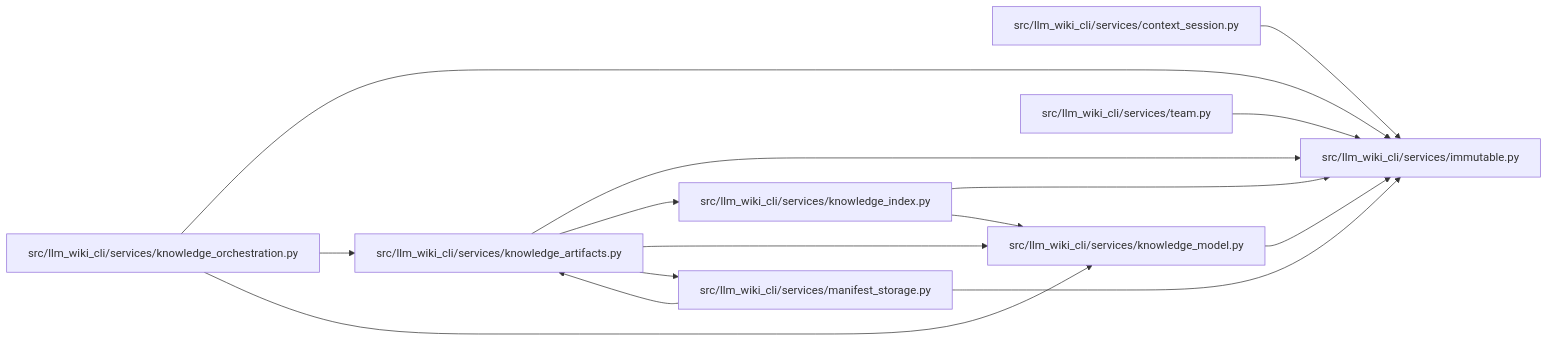
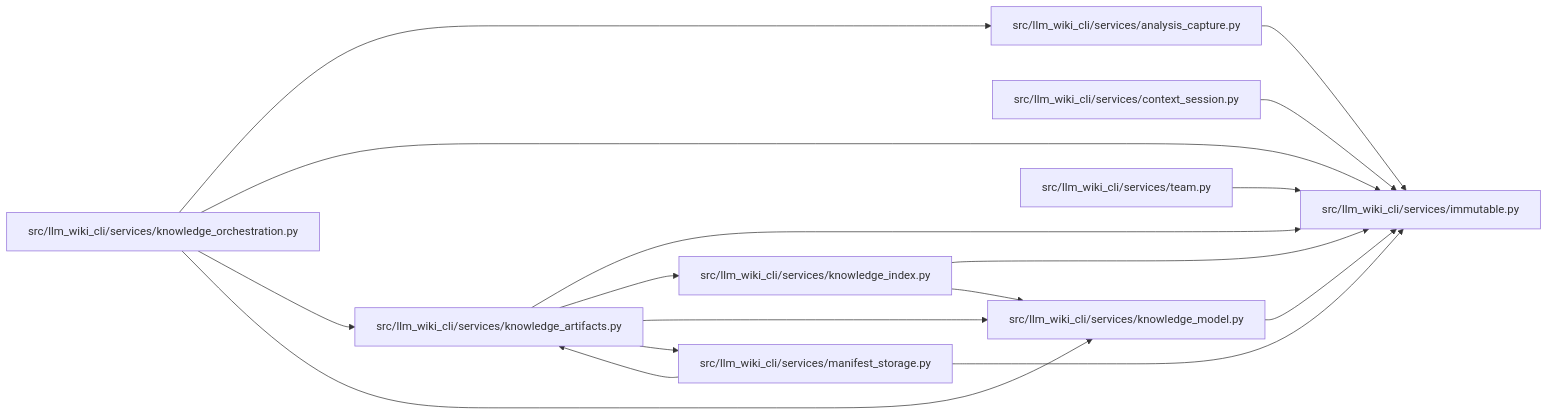
One commit to Denissvgn/python-wiki-llm changed the diagram in docs/llm_wiki/modules/immutable.md. Above: the diagram before and after it, drawn with Mermaid. The commit also changed other lines of this file and 727 other files, not shown here.

````diff
--- a/docs/llm_wiki/modules/immutable.md
+++ b/docs/llm_wiki/modules/immutable.md
@@ -22,33 +22,37 @@
 ```mermaid
 flowchart LR
-    n0["src/llm_wiki_cli/services/context_session.py"]
-    n1["src/llm_wiki_cli/services/immutable.py"]
-    n2["src/llm_wiki_cli/services/knowledge_artifacts.py"]
-    n3["src/llm_wiki_cli/services/knowledge_index.py"]
-    n4["src/llm_wiki_cli/services/knowledge_model.py"]
-    n5["src/llm_wiki_cli/services/knowledge_orchestration.py"]
-    n6["src/llm_wiki_cli/services/manifest_storage.py"]
-    n7["src/llm_wiki_cli/services/team.py"]
-    n0 --> n1
-    n2 --> n1
-    n2 --> n3
-    n2 --> n4
-    n2 --> n6
-    n3 --> n1
+    n0["src/llm_wiki_cli/services/analysis_capture.py"]
+    n1["src/llm_wiki_cli/services/context_session.py"]
+    n2["src/llm_wiki_cli/services/immutable.py"]
+    n3["src/llm_wiki_cli/services/knowledge_artifacts.py"]
+    n4["src/llm_wiki_cli/services/knowledge_index.py"]
+    n5["src/llm_wiki_cli/services/knowledge_model.py"]
+    n6["src/llm_wiki_cli/services/knowledge_orchestration.py"]
+    n7["src/llm_wiki_cli/services/manifest_storage.py"]
+    n8["src/llm_wiki_cli/services/team.py"]
+    n0 --> n2
+    n1 --> n2
+    n3 --> n2
     n3 --> n4
-    n4 --> n1
-    n5 --> n1
+    n3 --> n5
+    n3 --> n7
+    n4 --> n2
+    n4 --> n5
     n5 --> n2
-    n5 --> n4
-    n6 --> n1
+    n6 --> n0
     n6 --> n2
-    n7 --> n1
-    click n0 "../modules/context_session.md"
-    click n1 "../modules/immutable.md"
-    click n2 "../modules/knowledge_artifacts.md"
-    click n3 "../modules/knowledge_index.md"
-    click n4 "../modules/knowledge_model.md"
-    click n5 "../modules/knowledge_orchestration.md"
-    click n6 "../modules/manifest_storage.md"
-    click n7 "../modules/team.md"
+    n6 --> n3
+    n6 --> n5
+    n7 --> n2
+    n7 --> n3
+    n8 --> n2
+    click n0 "../modules/analysis_capture.md"
+    click n1 "../modules/context_session.md"
+    click n2 "../modules/immutable.md"
+    click n3 "../modules/knowledge_artifacts.md"
+    click n4 "../modules/knowledge_index.md"
+    click n5 "../modules/knowledge_model.md"
+    click n6 "../modules/knowledge_orchestration.md"
+    click n7 "../modules/manifest_storage.md"
+    click n8 "../modules/team.md"
 ```
````
